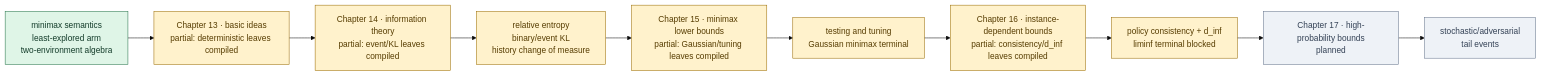
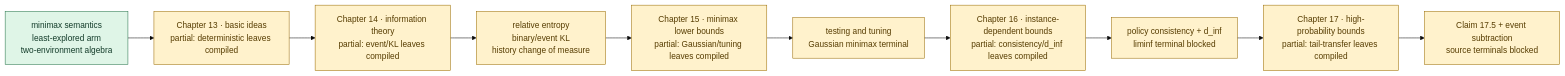
The diagram in website/diagrams/part-iv-lower-bounds.mmd (DakeBU/Auto-Bandit-RL-Proof-In-Sleep), drawn with Mermaid (base theme) before and after one commit. The commit also changed 31 other files, not shown here.

```diff
--- a/website/diagrams/part-iv-lower-bounds.mmd
+++ b/website/diagrams/part-iv-lower-bounds.mmd
@@ -1,28 +1,27 @@
 flowchart LR
   C13["Chapter 13 · basic ideas<br/>partial: deterministic leaves compiled"]
   C14["Chapter 14 · information theory<br/>partial: event/KL leaves compiled"]
   C15["Chapter 15 · minimax lower bounds<br/>partial: Gaussian/tuning leaves compiled"]
   C16["Chapter 16 · instance-dependent bounds<br/>partial: consistency/d_inf leaves compiled"]
-  C17["Chapter 17 · high-probability bounds<br/>planned"]
+  C17["Chapter 17 · high-probability bounds<br/>partial: tail-transfer leaves compiled"]
   L13["minimax semantics<br/>least-explored arm<br/>two-environment algebra"]
   KL["relative entropy<br/>binary/event KL<br/>history change of measure"]
   MM["testing and tuning<br/>Gaussian minimax terminal"]
   ASY["policy consistency + d_inf<br/>liminf terminal blocked"]
-  HP["stochastic/adversarial<br/>tail events"]
+  HP["Claim 17.5 + event subtraction<br/>source terminals blocked"]
 
   L13 --> C13
   C13 --> C14
   C14 --> KL
   KL --> C15
   C15 --> MM
   MM --> C16
   C16 --> ASY
   ASY --> C17
   C17 --> HP
 
   classDef compiled fill:#dff5e7,stroke:#247249,color:#123b29
   classDef partial fill:#fff2cc,stroke:#9a6b00,color:#563c00
   classDef planned fill:#eef2f7,stroke:#64748b,color:#334155
   class L13 compiled
-  class C13,C14,C15,C16,KL,MM,ASY partial
-  class C17,HP planned
+  class C13,C14,C15,C16,C17,KL,MM,ASY,HP partial
```
